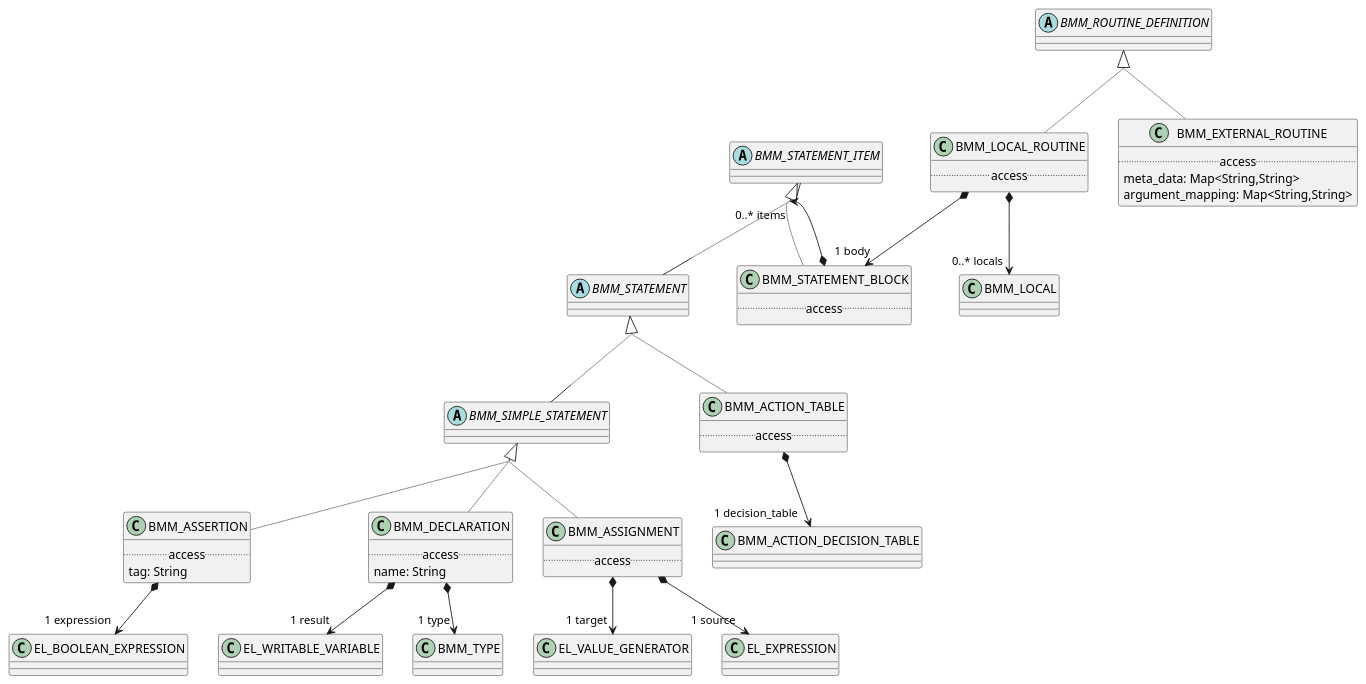
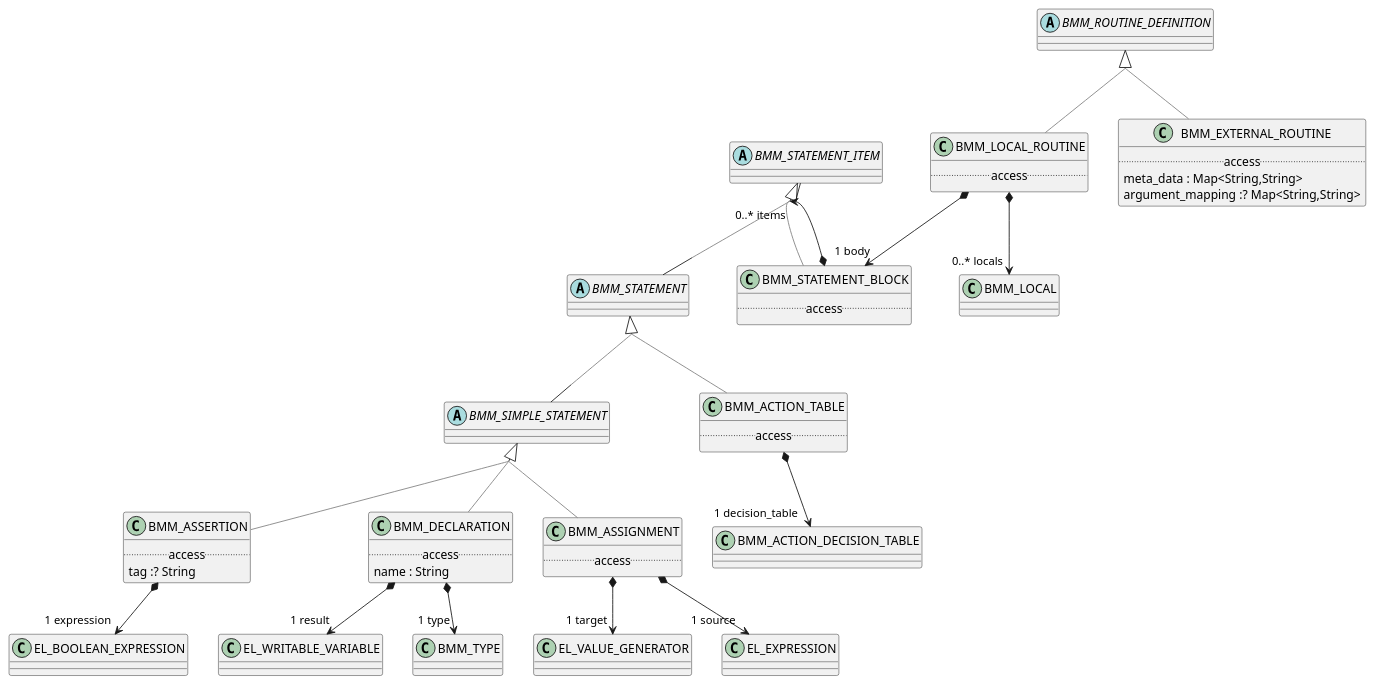
The diagram in modules/ROOT/examples/bmm/languages/bmm/bmm_model/statement/statement-package-uml.adoc (wolandscat/openehr-doc), drawn with PlantUML before and after one commit. The commit also changed 1814 other files, not shown here.

```diff
--- a/modules/ROOT/examples/bmm/languages/bmm/bmm_model/statement/statement-package-uml.adoc
+++ b/modules/ROOT/examples/bmm/languages/bmm/bmm_model/statement/statement-package-uml.adoc
@@ -25,7 +25,7 @@
 
 class BMM_ASSERTION [[/openehr-doc/latest/languages/bmm-gen.html#_class_bmm_assertion]] {
         .. access ..
-        tag: String
+        tag :? String
 }
 
 BMM_ASSERTION -[#gray]up-|> BMM_SIMPLE_STATEMENT  
@@ -36,11 +36,10 @@
 abstract class BMM_STATEMENT_ITEM [[/openehr-doc/latest/languages/bmm-gen.html#_class_bmm_statement_item]] {
 }
 
-
 class BMM_EXTERNAL_ROUTINE [[/openehr-doc/latest/languages/bmm-gen.html#_class_bmm_external_routine]] {
         .. access ..
-        meta_data: Map<String,String>
-        argument_mapping: Map<String,String>
+        meta_data : Map<String,String>
+        argument_mapping :? Map<String,String>
 }
 
 BMM_EXTERNAL_ROUTINE -[#gray]up-|> BMM_ROUTINE_DEFINITION  
@@ -57,7 +56,6 @@
 
 abstract class BMM_ROUTINE_DEFINITION [[/openehr-doc/latest/languages/bmm-gen.html#_class_bmm_routine_definition]] {
 }
-
 
 class BMM_STATEMENT_BLOCK [[/openehr-doc/latest/languages/bmm-gen.html#_class_bmm_statement_block]] {
         .. access ..
@@ -76,7 +74,7 @@
 
 class BMM_DECLARATION [[/openehr-doc/latest/languages/bmm-gen.html#_class_bmm_declaration]] {
         .. access ..
-        name: String
+        name : String
 }
 
 BMM_DECLARATION -[#gray]up-|> BMM_SIMPLE_STATEMENT  
@@ -100,5 +98,4 @@
 class BMM_ACTION_DECISION_TABLE [[/openehr-doc/latest/languages/bmm-gen.html#_class_bmm_action_decision_table]] {
 }
 
-
 ....
```
